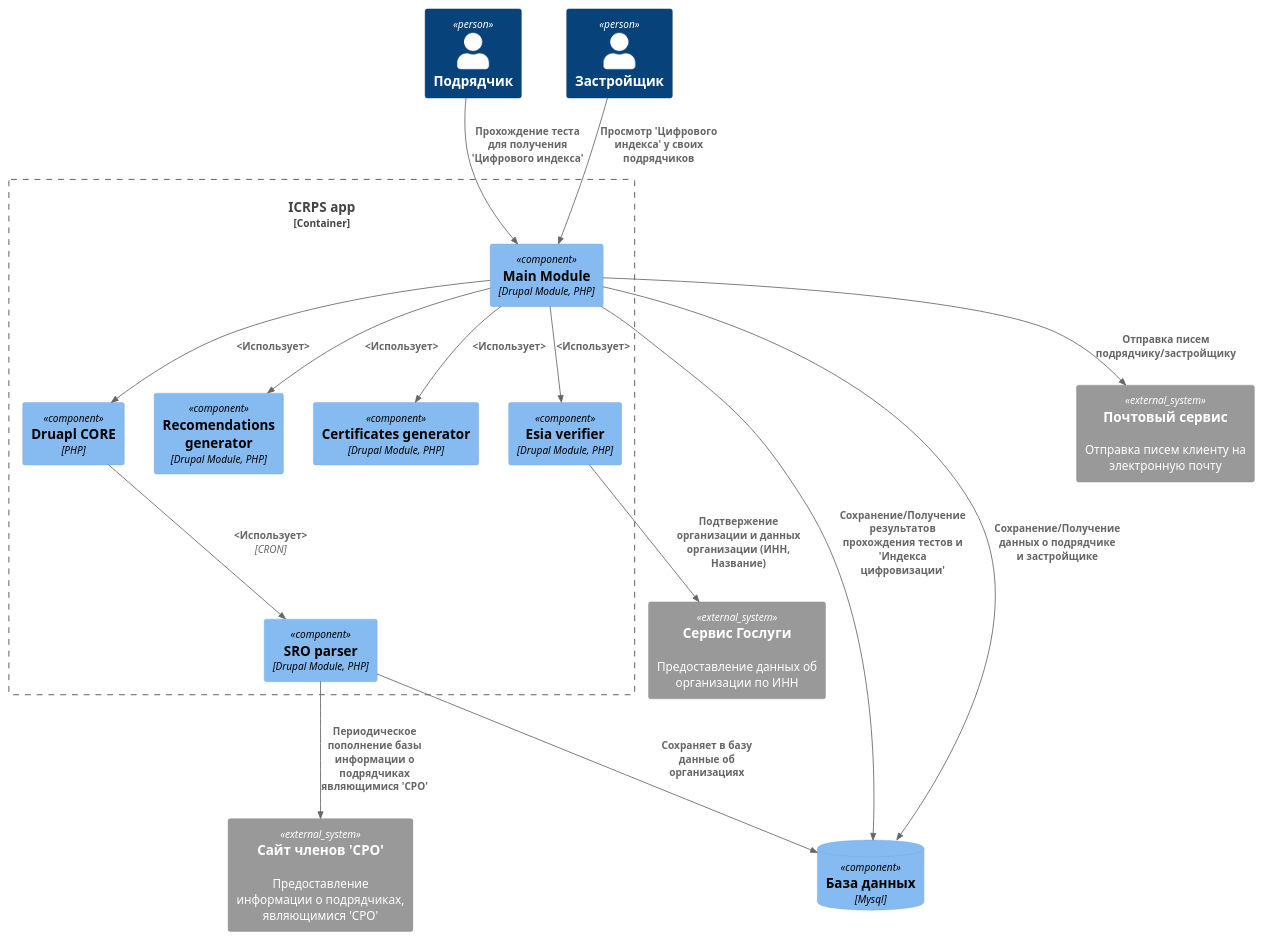
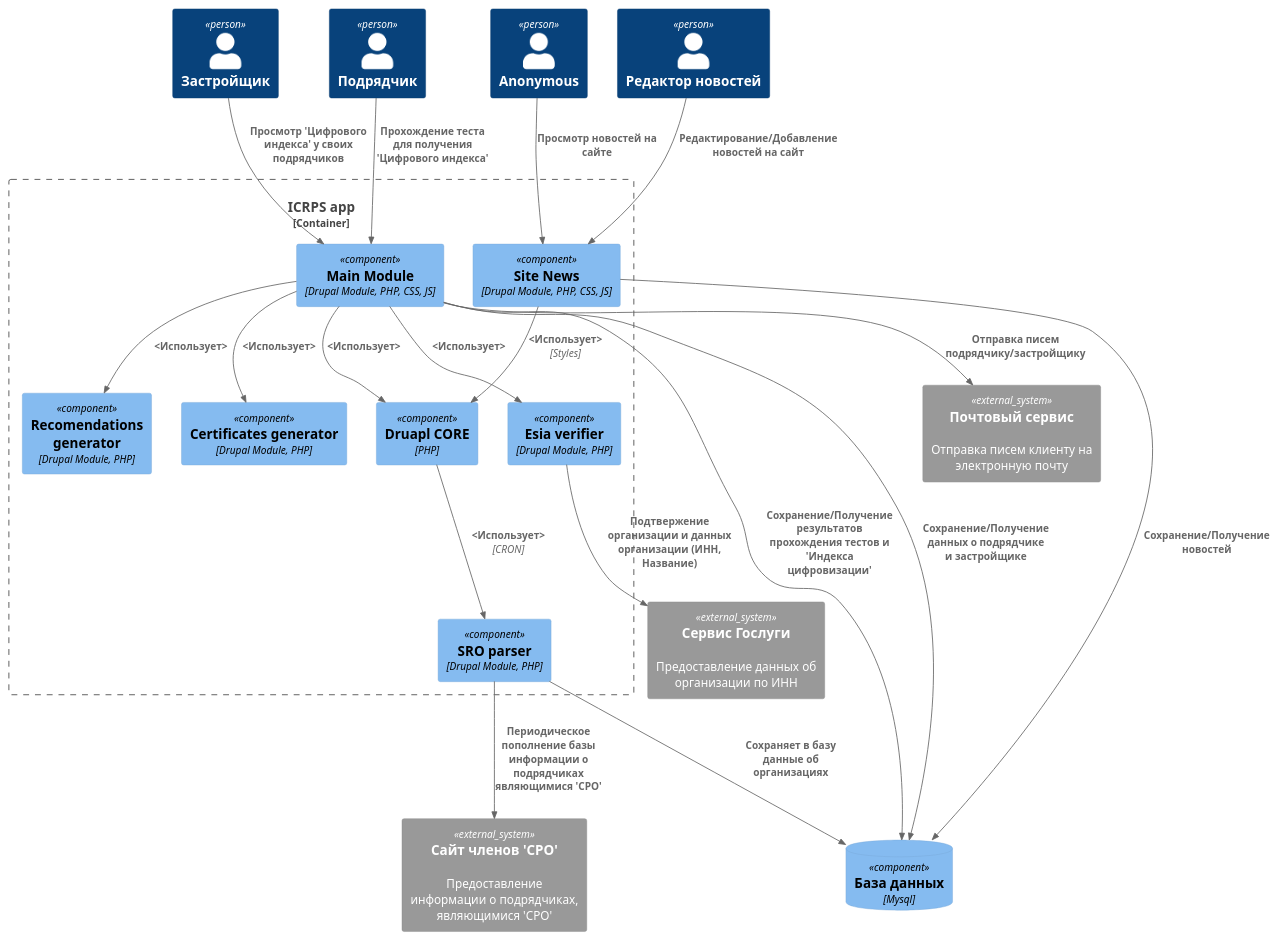
One commit to UsingCoding/ICRPS-docs changed the diagram in docs/c4/3-component.puml. Above: the diagram before and after it, drawn with PlantUML. The commit also changed 5 other files, not shown here.

Commit message:
C4 update: added news module

```diff
--- a/docs/c4/3-component.puml
+++ b/docs/c4/3-component.puml
@@ -1,40 +1,48 @@
 @startuml component-level
 !include https://raw.githubusercontent.com/plantuml-stdlib/C4-PlantUML/master/C4_Component.puml
 
+Person(user_anonymous, "Anonymous")
 Person(user_contractor, "Подрядчик")
 Person(user_developer, "Застройщик")
+Person(user_news_editor, "Редактор новостей")
 
 Container_Boundary(container_app, "ICRPS app") {
-    Component(digital_index_constructor, "Main Module", "Drupal Module, PHP")
+    Component(digital_index_constructor, "Main Module", "Drupal Module, PHP, CSS, JS")
     Component(drupal_core, "Druapl CORE", "PHP")
     Component(recommendations_generator, "Recomendations generator", "Drupal Module, PHP")
     Component(certificates_generator, "Certificates generator", "Drupal Module, PHP")
     Component(esia_verifier, "Esia verifier", "Drupal Module, PHP")
     Component(parser, "SRO parser", "Drupal Module, PHP")
+    Component(news, "Site News", "Drupal Module, PHP, CSS, JS")
 }
 
 ComponentDb(component_system_db, "База данных", "Mysql")
 
 System_Ext(system_email, "Почтовый сервис", "Отправка писем клиенту на электронную почту")
 System_Ext(system_sro_site, "Сайт членов 'СРО'", "Предоставление информации о подрядчиках, являющимися 'СРО'")
 System_Ext(system_esia, "Сервис Гослуги", "Предоставление данных об организации по ИНН")
 
 Rel(user_contractor, digital_index_constructor, "Прохождение теста для получения 'Цифрового индекса'")
 Rel(user_developer, digital_index_constructor, "Просмотр 'Цифрового индекса' у своих подрядчиков")
+Rel(user_anonymous, news, "Просмотр новостей на сайте")
+Rel(user_news_editor, news, "Редактирование/Добавление новостей на сайт")
 
 Rel(digital_index_constructor, component_system_db, "Сохранение/Получение результатов прохождения тестов и 'Индекса цифровизации'")
 Rel(digital_index_constructor, component_system_db, "Сохранение/Получение данных о подрядчике и застройщике")
 Rel(digital_index_constructor, drupal_core, "<Использует>")
 
 Rel(digital_index_constructor, recommendations_generator, "<Использует>")
 Rel(digital_index_constructor, certificates_generator, "<Использует>")
 Rel(digital_index_constructor, esia_verifier, "<Использует>")
 
+Rel(news, drupal_core, "<Использует>", "Styles")
+Rel(news, component_system_db, "Сохранение/Получение новостей")
+
 Rel(drupal_core, parser, "<Использует>", "CRON")
 Rel(parser, component_system_db, "Сохраняет в базу данные об организациях")
 
 Rel(digital_index_constructor, system_email, "Отправка писем подрядчику/застройщику")
 Rel(parser, system_sro_site, "Периодическое пополнение базы информации о подрядчиках являющимися 'СРО'")
 Rel(esia_verifier, system_esia, "Подтвержение организации и данных организации (ИНН, Название)")
 
 @enduml
```
